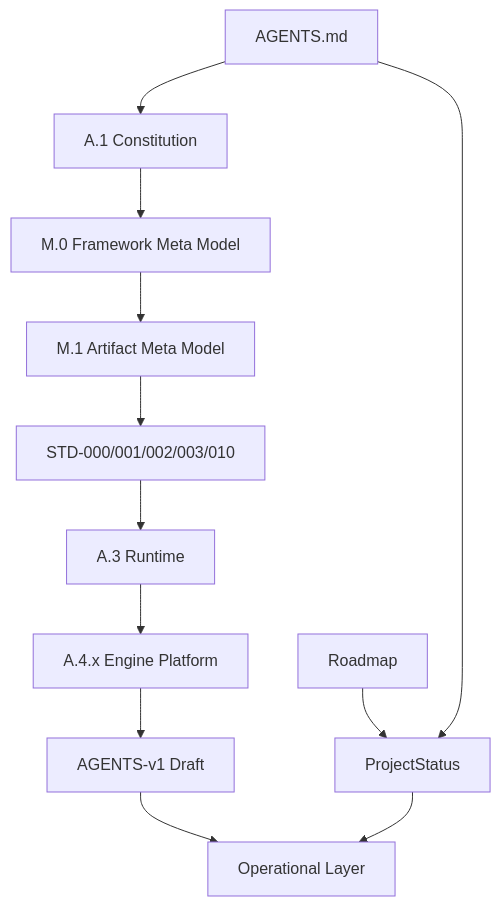
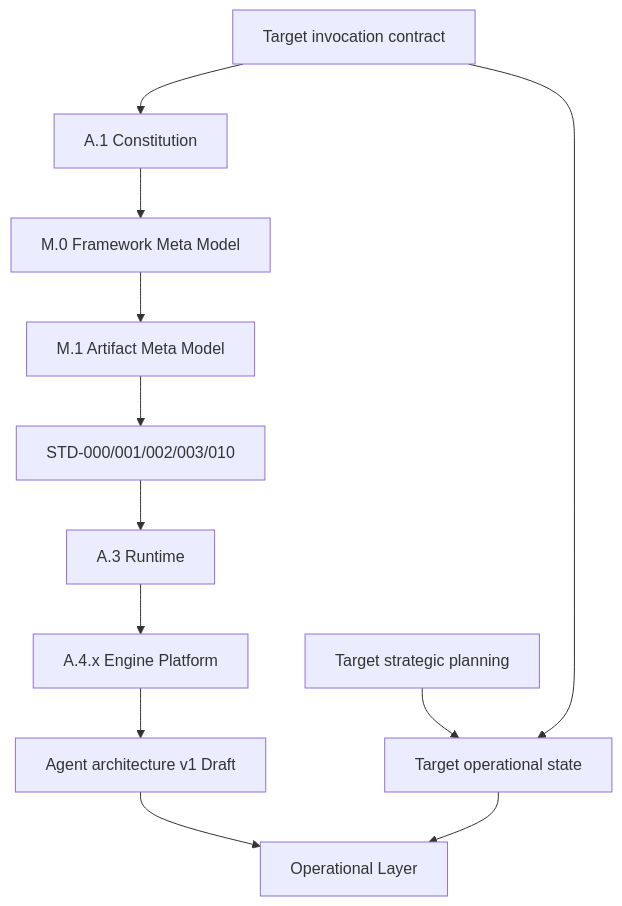
Before and after one commit to doallon/forge-ai: the fourth of 11 diagrams in docs/AI/GOVERNANCE.md, drawn with Mermaid. The commit also changed other lines of this file and 5 other files, not shown here.

````diff
--- a/docs/AI/GOVERNANCE.md
+++ b/docs/AI/GOVERNANCE.md
@@ -414,17 +414,17 @@
 ```mermaid
 flowchart TD
-    AG[AGENTS.md]
+    AG[Target invocation contract]
     A1[A.1 Constitution]
     M0[M.0 Framework Meta Model]
     M1[M.1 Artifact Meta Model]
     STD[STD-000/001/002/003/010]
     A3[A.3 Runtime]
     A4[A.4.x Engine Platform]
-    AV1[AGENTS-v1 Draft]
+    AV1[Agent architecture v1 Draft]
     OP[Operational Layer]
-    PS[ProjectStatus]
-    RD[Roadmap]
+    PS[Target operational state]
+    RD[Target strategic planning]
     AG --> A1 --> M0 --> M1 --> STD --> A3 --> A4 --> AV1 --> OP
     RD --> PS --> OP
     AG --> PS
 ```
````
